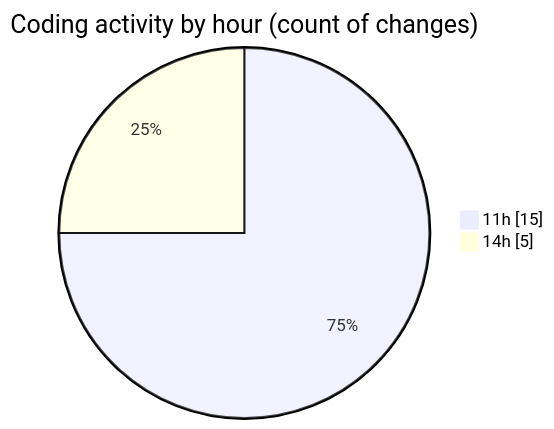
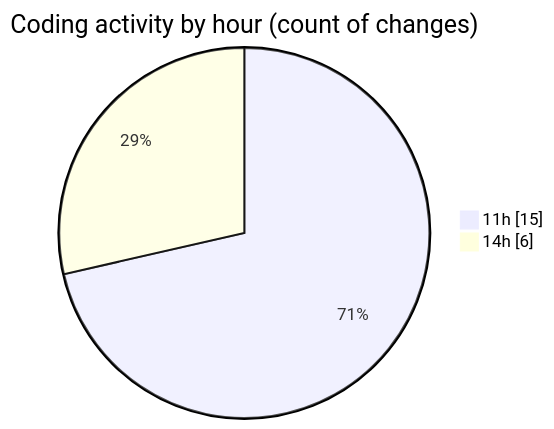
The second of 2 diagrams in 2025-12-12/nxtqube_webapp/README.md (nxtqubesakshisongat/code-tracking), drawn with Mermaid before and after one commit. The commit also changed other lines of this file and 1 other file, not shown here.

````diff
--- a/2025-12-12/nxtqube_webapp/README.md
+++ b/2025-12-12/nxtqube_webapp/README.md
@@ -29,6 +29,6 @@
 ```mermaid
 pie showData
 title Coding activity by hour (count of changes)
 "11h" : 15
-"14h" : 5
+"14h" : 6
 ```
````
